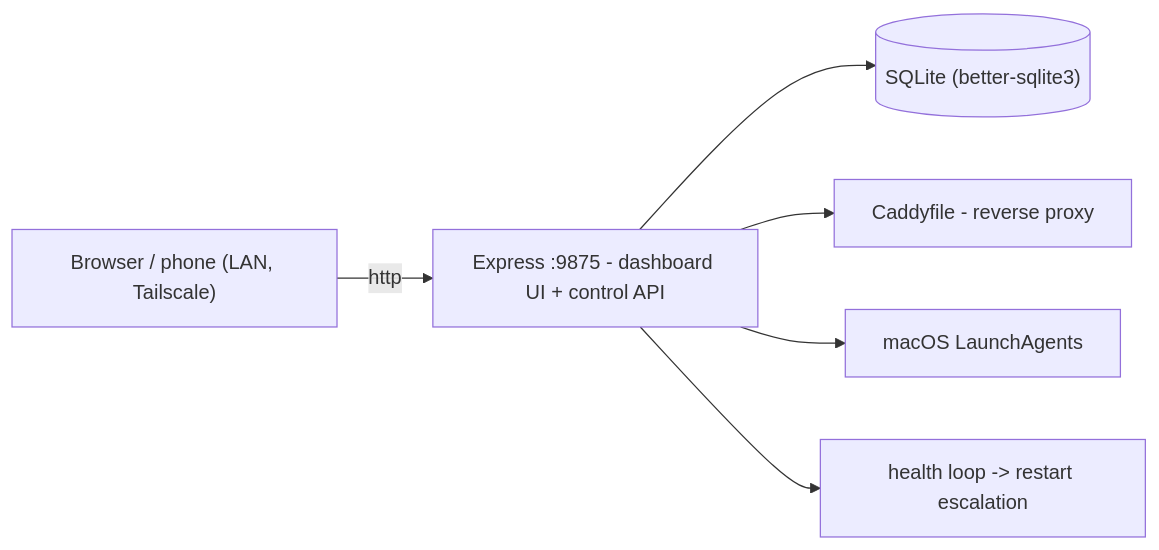
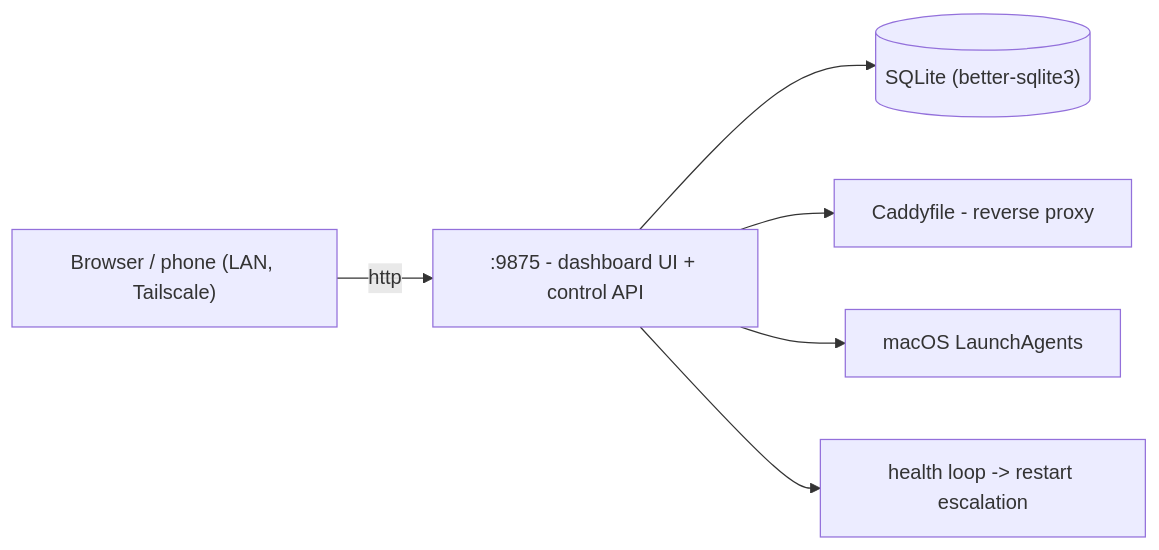
The first of 2 diagrams in README.md (bunlongheng/local-apps), drawn with Mermaid before and after one commit. The commit also changed other lines of this file and 7 other files, not shown here.

First line of the commit message:
refactor(http): replace express with a node:http router

````diff
--- a/README.md
+++ b/README.md
@@ -56,8 +56,8 @@
 ```mermaid
 flowchart LR
-    Browser["Browser / phone (LAN, Tailscale)"] -->|http| API["Express :9875 - dashboard UI + control API"]
+    Browser["Browser / phone (LAN, Tailscale)"] -->|http| API[":9875 - dashboard UI + control API"]
     API --> DB[("SQLite (better-sqlite3)")]
     API --> Caddy["Caddyfile - reverse proxy"]
     API --> Launchd["macOS LaunchAgents"]
     API --> Health["health loop -> restart escalation"]
 ```
````
